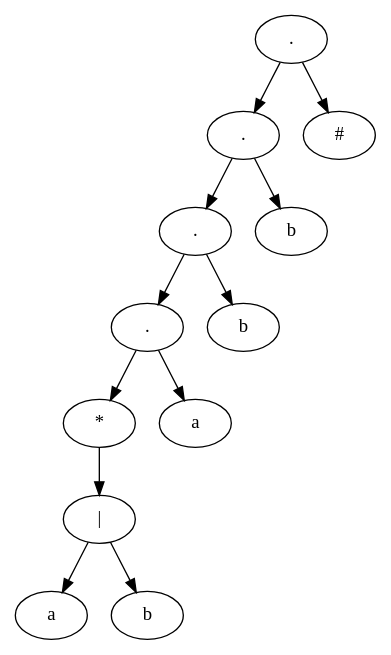
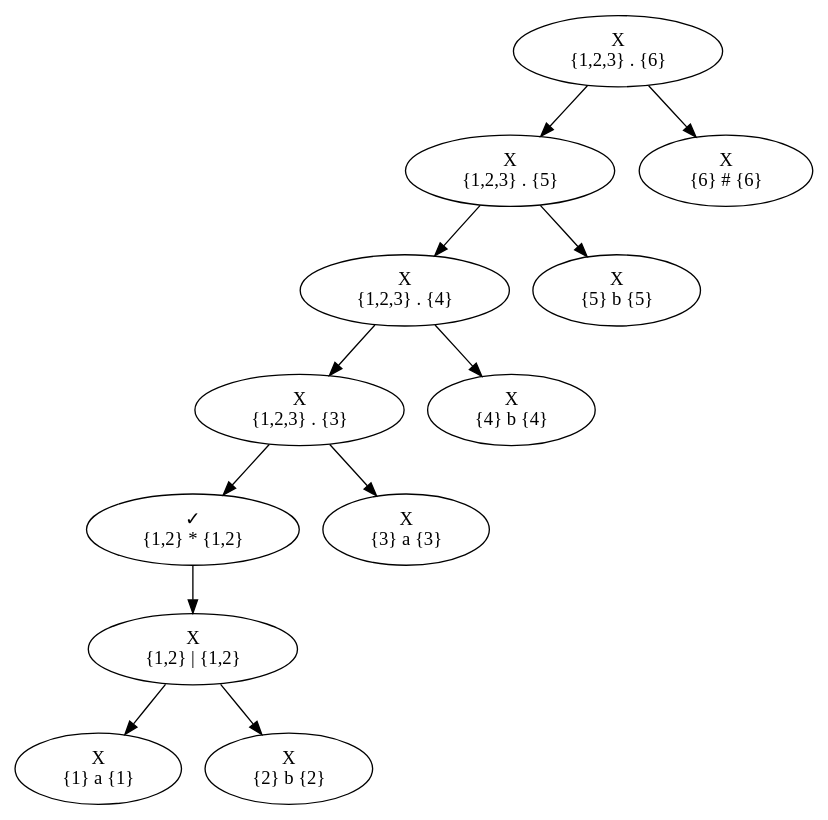
Before and after one commit to anthony-sv/Regex2DFA: the diagram in syntax.gv, drawn with Graphviz. The commit also changed 21 other files, not shown here.

```diff
--- a/syntax.gv
+++ b/syntax.gv
@@ -1,25 +1,25 @@
 digraph G {
     a -> b
     a -> 6
     b -> c
     b -> 5
     c -> d
     c -> 4
     d -> e
     d -> 3
     e -> f
     f -> 1
     f -> 2
-    a [label="."]
-    b [label="."]
-    6 [label="#"]
-    c [label="."]
-    5 [label="b"]
-    d [label="."]
-    4 [label="b"]
-    e [label="*"]
-    3 [label="a"]
-    f [label="|"]
-    2 [label="b"]
-    1 [label="a"]
+    a [label="X\n{1,2,3} . {6}"]
+    b [label="X\n{1,2,3} . {5}"]
+    6 [label="X\n{6} # {6}"]
+    c [label="X\n{1,2,3} . {4}"]
+    5 [label="X\n{5} b {5}"]
+    d [label="X\n{1,2,3} . {3}"]
+    4 [label="X\n{4} b {4}"]
+    e [label="✓\n{1,2} * {1,2}"]
+    3 [label="X\n{3} a {3}"]
+    f [label="X\n{1,2} | {1,2}"]
+    2 [label="X\n{2} b {2}"]
+    1 [label="X\n{1} a {1}"]
 }
```
